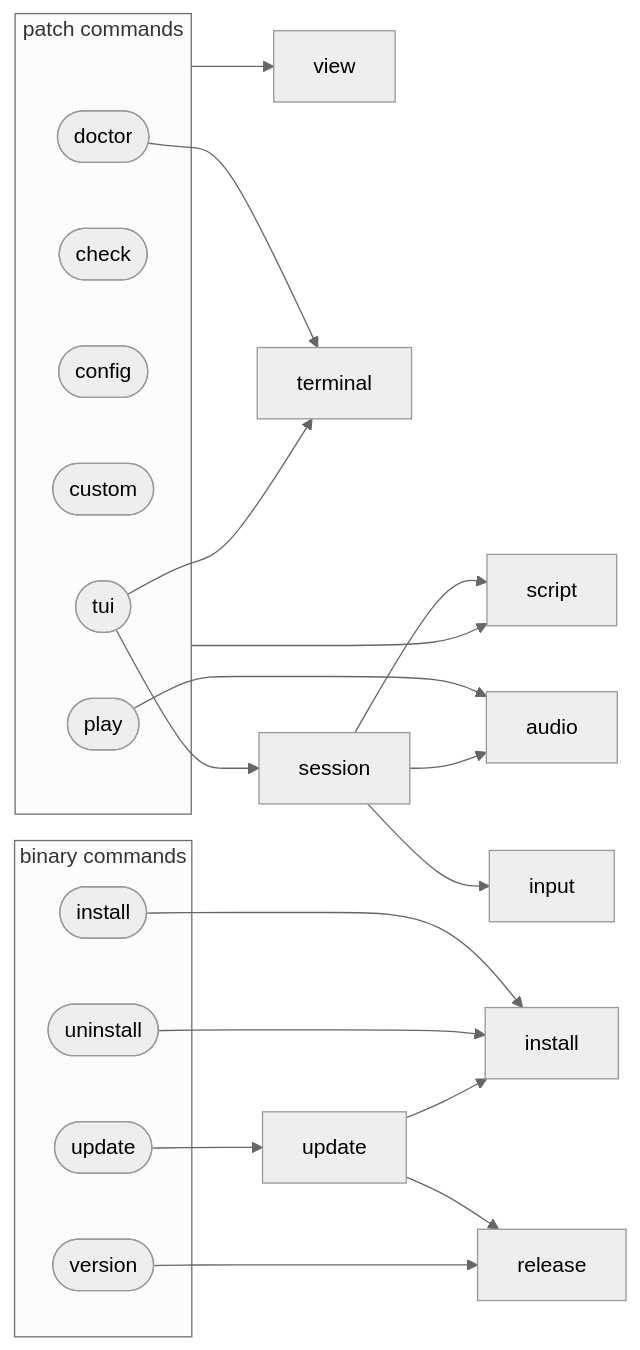
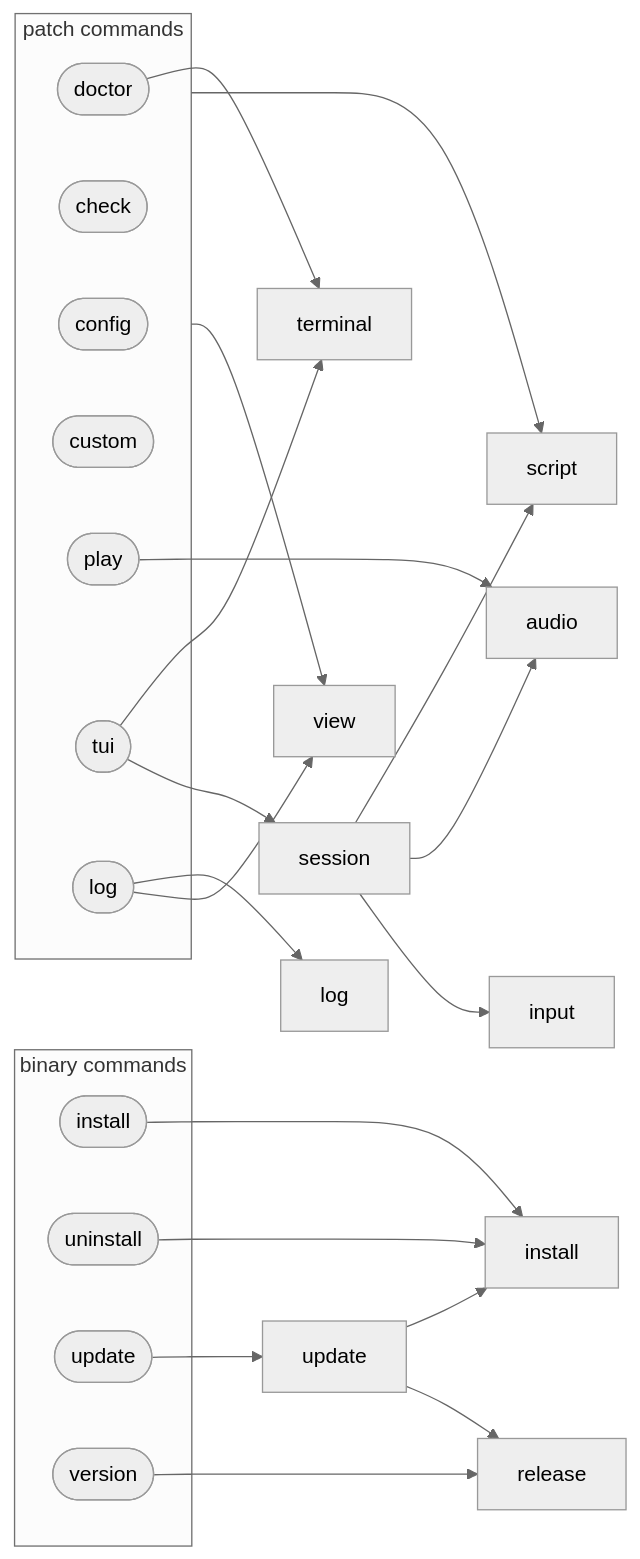
One commit to turkosaurus/synth changed the diagram in src/README.md. Above: the diagram before and after it, drawn with Mermaid (neutral theme). The commit also changed other lines of this file and 11 other files, not shown here.

````diff
--- a/src/README.md
+++ b/src/README.md
@@ -17,24 +18,26 @@
 ```mermaid
 flowchart LR
     subgraph patch [patch commands]
         doctor([doctor])
         check([check])
         config([config])
         custom([custom])
         play([play])
         tui([tui])
+        log_cmd([log])
     end
     subgraph binary [binary commands]
         install_cmd([install])
         uninstall([uninstall])
         update_cmd([update])
         version([version])
     end
     patch --> script & view
     doctor & tui --> terminal
     play --> audio
     tui --> session --> script & audio & input
+    log_cmd --> log & view
     install_cmd & uninstall --> install
     update_cmd --> update --> install & release
     version --> release
 ```
````
